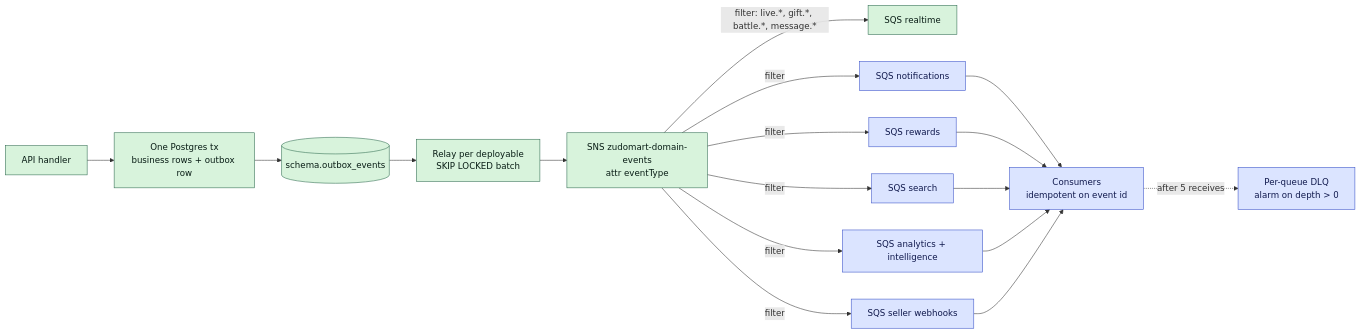
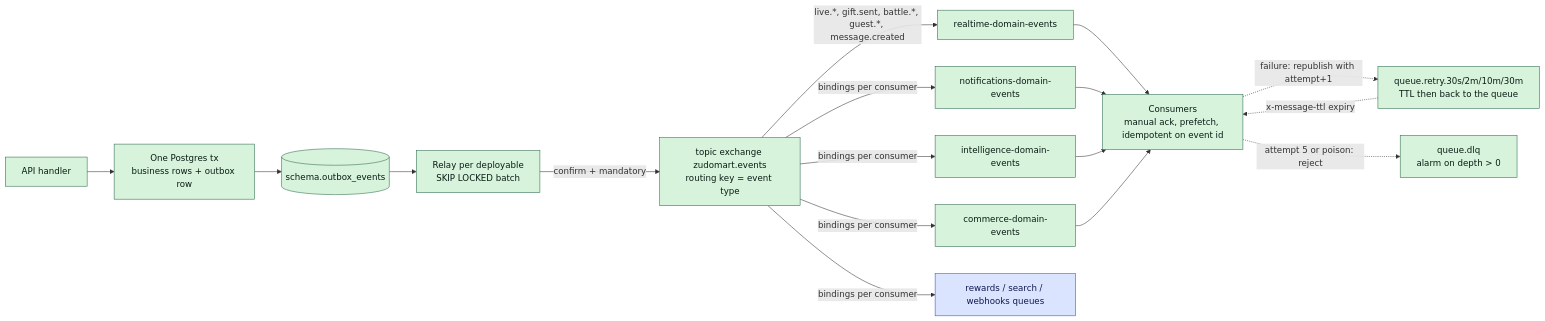
The first of 2 diagrams in docs/architecture/events.md (telente-technologies/nantty), drawn with Mermaid before and after one commit. The commit also changed other lines of this file and 2 other files, not shown here.

Commit message:
docs(architecture): payments marketplace and events docs [skip build]

````diff
--- a/docs/architecture/events.md
+++ b/docs/architecture/events.md
@@ -22,25 +22,27 @@
 ```mermaid
 flowchart LR
   classDef existing fill:#d8f3dc,stroke:#2d6a4f,color:#081c15
   classDef proposed fill:#dbe4ff,stroke:#364fc7,color:#10194d
 
   api["API handler"]:::existing
   tx["One Postgres tx<br/>business rows + outbox row"]:::existing
   outbox[("schema.outbox_events")]:::existing
   relay["Relay per deployable<br/>SKIP LOCKED batch"]:::existing
-  sns["SNS zudomart-domain-events<br/>attr eventType"]:::existing
-  qRt["SQS realtime"]:::existing
-  qNotif["SQS notifications"]:::proposed
-  qRewards["SQS rewards"]:::proposed
-  qSearch["SQS search"]:::proposed
-  qAnalytics["SQS analytics + intelligence"]:::proposed
-  qHooks["SQS seller webhooks"]:::proposed
-  dlq["Per-queue DLQ<br/>alarm on depth > 0"]:::proposed
-  consumers["Consumers<br/>idempotent on event id"]:::proposed
+  ex["topic exchange zudomart.events<br/>routing key = event type"]:::existing
+  qRt["realtime-domain-events"]:::existing
+  qNotif["notifications-domain-events"]:::existing
+  qIntel["intelligence-domain-events"]:::existing
+  qCommerce["commerce-domain-events"]:::existing
+  qRewards["rewards / search / webhooks queues"]:::proposed
+  retry["queue.retry.30s/2m/10m/30m<br/>TTL then back to the queue"]:::existing
+  dlq["queue.dlq<br/>alarm on depth > 0"]:::existing
+  consumers["Consumers<br/>manual ack, prefetch, idempotent on event id"]:::existing
 
-  api --> tx --> outbox --> relay --> sns
-  sns -- "filter: live.*, gift.*, battle.*, message.*" --> qRt
-  sns -- filter --> qNotif & qRewards & qSearch & qAnalytics & qHooks
-  qNotif & qRewards & qSearch & qAnalytics & qHooks --> consumers
-  consumers -. "after 5 receives" .-> dlq
+  api --> tx --> outbox --> relay -- "confirm + mandatory" --> ex
+  ex -- "live.*, gift.sent, battle.*, guest.*, message.created" --> qRt
+  ex -- "bindings per consumer" --> qNotif & qIntel & qCommerce & qRewards
+  qRt & qNotif & qIntel & qCommerce --> consumers
+  consumers -. "failure: republish with attempt+1" .-> retry
+  retry -. "x-message-ttl expiry" .-> consumers
+  consumers -. "attempt 5 or poison: reject" .-> dlq
 ```
````
